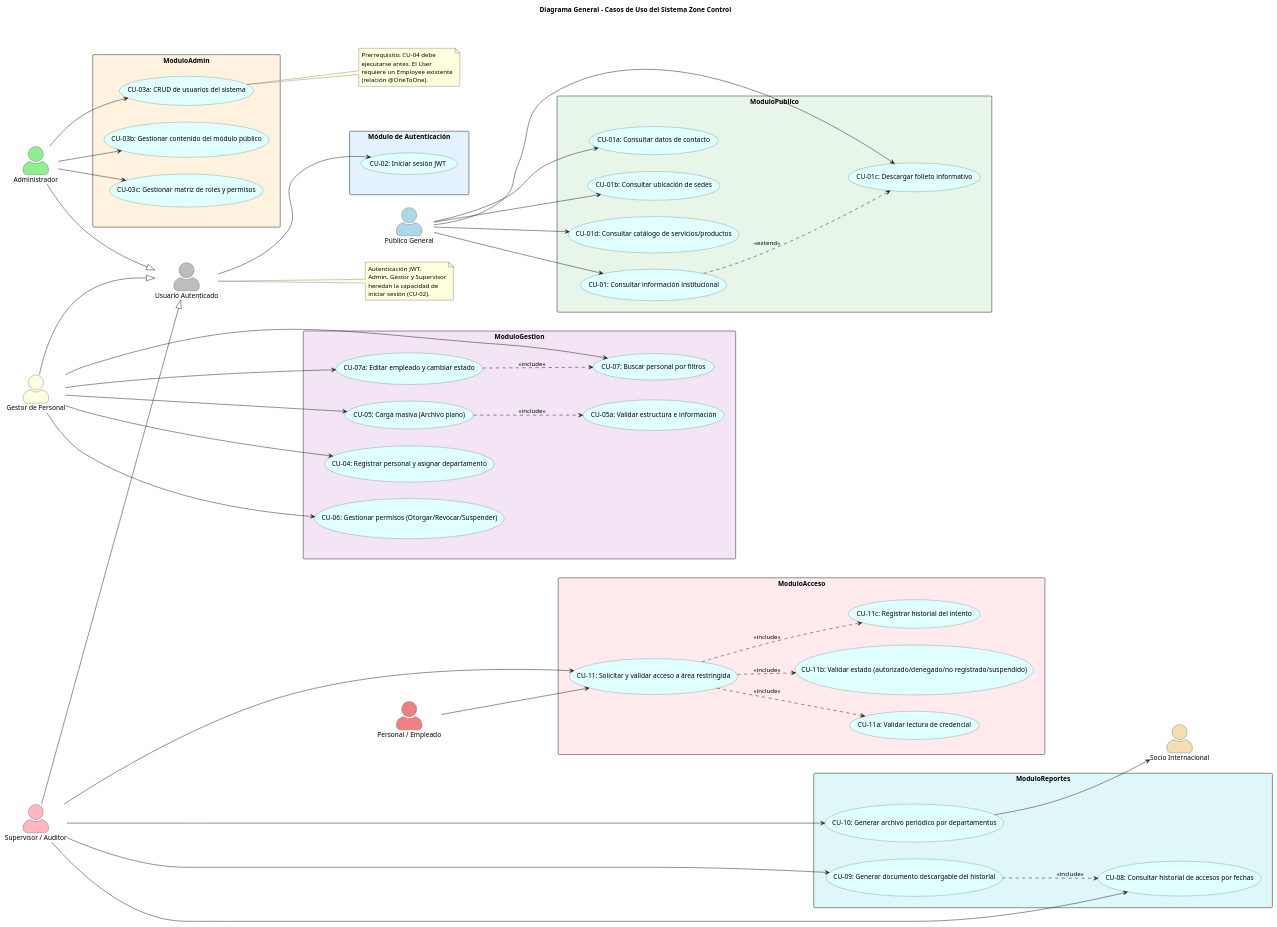
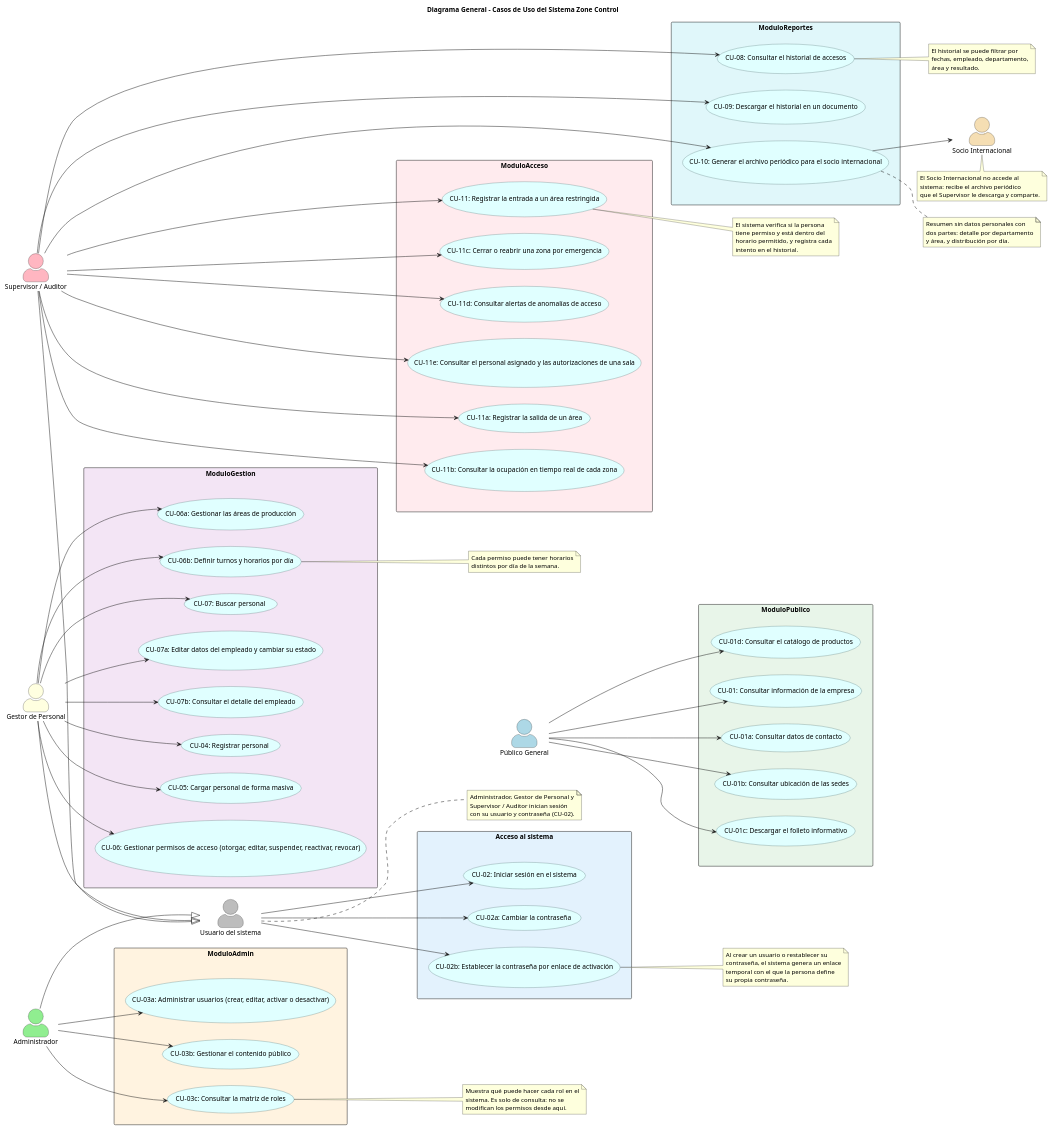
One commit to ElianMMCode/Zone-Control changed the diagram in docs/diagramas/casos_uso/00_diagrama_general.puml. Above: the diagram before and after it, drawn with PlantUML.

Commit message:
docs(casos-de-uso): actualizar diagrama general a lo implementado en lenguaje sencillo
- Refleja los casos implementados: salida de área, ocupación en tiempo real,
  cierre por emergencia, alertas de anomalías, panel por sala, permisos con
  editar/suspender/reactivar/revocar, turnos por día, matriz de roles solo
  consulta y activación de contraseña por enlace
- Ajusta actores: el Socio Internacional solo recibe el archivo descargado
  (no hay entrega automática) y el Personal/Empleado deja de ser actor del
  sistema (la validación la ejecutan Supervisor/Administrador)
- Lenguaje no técnico (sin JWT, @OneToOne, CRUD, archivo plano, etc.) apto
  para lectores sin conocimientos de programación

```diff
--- a/docs/diagramas/casos_uso/00_diagrama_general.puml
+++ b/docs/diagramas/casos_uso/00_diagrama_general.puml
@@ -1,134 +1,175 @@
 @startuml
 title Diagrama General - Casos de Uso del Sistema Zone Control
 skinparam usecase {
   BackgroundColor LightCyan
   BorderColor DarkSlateGray
 }
 skinparam actorStyle awesome
 skinparam packageStyle rectangle
 left to right direction
 
 ' =============================================
 ' ACTORES
 ' =============================================
 
-actor "Usuario Autenticado" as Auth #BDBDBD
 actor "Público General" as Publico #LightBlue
+actor "Usuario del sistema" as Autenticado #BDBDBD
 actor "Administrador" as Admin #LightGreen
 actor "Gestor de Personal" as Gestor #LightYellow
-actor "Personal / Empleado" as Empleado #LightCoral
 actor "Supervisor / Auditor" as Supervisor #LightPink
 actor "Socio Internacional" as Socio #Wheat
 
 ' =============================================
-' HERENCIA (actores autenticados heredan de Auth)
+' HERENCIA (los roles internos acceden con sesión)
 ' =============================================
 
-Admin --|> Auth
-Gestor --|> Auth
-Supervisor --|> Auth
+Admin --|> Autenticado
+Gestor --|> Autenticado
+Supervisor --|> Autenticado
 
-note right of Auth
-  Autenticación JWT.
-  Admin, Gestor y Supervisor
-  heredan la capacidad de
-  iniciar sesión (CU-02).
+note right of Autenticado
+  Administrador, Gestor de Personal y
+  Supervisor / Auditor inician sesión
+  con su usuario y contraseña (CU-02).
+end note
+
+note bottom of Socio
+  El Socio Internacional no accede al
+  sistema: recibe el archivo periódico
+  que el Supervisor le descarga y comparte.
 end note
 
 ' =============================================
-' MÓDULOS (apilados verticalmente, ordenados
-' según el actor que los usa para evitar cruces)
+' MÓDULOS
 ' =============================================
 
-package "Módulo de Autenticación" as ModuloAutenticacion #E3F2FD {
-  usecase "CU-02: Iniciar sesión JWT" as UC_LOGIN
+package "Acceso al sistema" as ModuloAutenticacion #E3F2FD {
+  usecase "CU-02: Iniciar sesión en el sistema" as UC_LOGIN
+  usecase "CU-02a: Cambiar la contraseña" as UC_CAMBIO
+  usecase "CU-02b: Establecer la contraseña por enlace de activación" as UC_SETUP
 }
 
-Auth --> UC_LOGIN
+Autenticado --> UC_LOGIN
+Autenticado --> UC_CAMBIO
+Autenticado --> UC_SETUP
+
+note right of UC_SETUP
+  Al crear un usuario o restablecer su
+  contraseña, el sistema genera un enlace
+  temporal con el que la persona define
+  su propia contraseña.
+end note
 
 ModuloAutenticacion -[hidden]down- ModuloPublico
 
 package "Módulo Público" as ModuloPublico #E8F5E9 {
-  usecase "CU-01: Consultar información institucional" as UC01
+  usecase "CU-01: Consultar información de la empresa" as UC01
   usecase "CU-01a: Consultar datos de contacto" as UC01a
-  usecase "CU-01b: Consultar ubicación de sedes" as UC01b
-  usecase "CU-01c: Descargar folleto informativo" as UC01c
-  usecase "CU-01d: Consultar catálogo de servicios/productos" as UC01d
-  UC01 ..> UC01c : <<extend>>
+  usecase "CU-01b: Consultar ubicación de las sedes" as UC01b
+  usecase "CU-01c: Descargar el folleto informativo" as UC01c
+  usecase "CU-01d: Consultar el catálogo de productos" as UC01d
 }
 
 Publico --> UC01
 Publico --> UC01a
 Publico --> UC01b
 Publico --> UC01c
 Publico --> UC01d
 
 ModuloPublico -[hidden]down- ModuloAdmin
 
 package "Módulo de Administración" as ModuloAdmin #FFF3E0 {
-  usecase "CU-03a: CRUD de usuarios del sistema" as UC03a
-  usecase "CU-03b: Gestionar contenido del módulo público" as UC03b
-  usecase "CU-03c: Gestionar matriz de roles y permisos" as UC03c
+  usecase "CU-03a: Administrar usuarios (crear, editar, activar o desactivar)" as UC03a
+  usecase "CU-03b: Gestionar el contenido público" as UC03b
+  usecase "CU-03c: Consultar la matriz de roles" as UC03c
 }
 
 Admin --> UC03a
 Admin --> UC03b
 Admin --> UC03c
 
-note right of UC03a
-  Prerrequisito: CU-04 debe
-  ejecutarse antes. El User
-  requiere un Employee existente
-  (relación @OneToOne).
+note right of UC03c
+  Muestra qué puede hacer cada rol en el
+  sistema. Es solo de consulta: no se
+  modifican los permisos desde aquí.
 end note
 
 ModuloAdmin -[hidden]down- ModuloGestion
 
 package "Módulo de Gestión de Personal" as ModuloGestion #F3E5F5 {
-  usecase "CU-04: Registrar personal y asignar departamento" as UC04
-  usecase "CU-05: Carga masiva (Archivo plano)" as UC05
-  usecase "CU-05a: Validar estructura e información" as UC05a
-  usecase "CU-06: Gestionar permisos (Otorgar/Revocar/Suspender)" as UC06
-  usecase "CU-07: Buscar personal por filtros" as UC07
-  usecase "CU-07a: Editar empleado y cambiar estado" as UC07a
-  UC05 ..> UC05a : <<include>>
-  UC07a ..> UC07 : <<include>>
+  usecase "CU-04: Registrar personal" as UC04
+  usecase "CU-05: Cargar personal de forma masiva" as UC05
+  usecase "CU-06: Gestionar permisos de acceso (otorgar, editar, suspender, reactivar, revocar)" as UC06
+  usecase "CU-06a: Gestionar las áreas de producción" as UC06a
+  usecase "CU-06b: Definir turnos y horarios por día" as UC06b
+  usecase "CU-07: Buscar personal" as UC07
+  usecase "CU-07a: Editar datos del empleado y cambiar su estado" as UC07a
+  usecase "CU-07b: Consultar el detalle del empleado" as UC07b
 }
 
 Gestor --> UC04
 Gestor --> UC05
 Gestor --> UC06
+Gestor --> UC06a
+Gestor --> UC06b
 Gestor --> UC07
 Gestor --> UC07a
+Gestor --> UC07b
+
+note right of UC06b
+  Cada permiso puede tener horarios
+  distintos por día de la semana.
+end note
 
 ModuloGestion -[hidden]down- ModuloAcceso
 
 package "Módulo de Control de Acceso Físico" as ModuloAcceso #FFEBEE {
-  usecase "CU-11: Solicitar y validar acceso a área restringida" as UC11
-  usecase "CU-11a: Validar lectura de credencial" as UC11a
-  usecase "CU-11b: Validar estado (autorizado/denegado/no registrado/suspendido)" as UC11b
-  usecase "CU-11c: Registrar historial del intento" as UC11c
-  UC11 ..> UC11a : <<include>>
-  UC11 ..> UC11b : <<include>>
-  UC11 ..> UC11c : <<include>>
+  usecase "CU-11: Registrar la entrada a un área restringida" as UC11
+  usecase "CU-11a: Registrar la salida de un área" as UC11a
+  usecase "CU-11b: Consultar la ocupación en tiempo real de cada zona" as UC11b
+  usecase "CU-11c: Cerrar o reabrir una zona por emergencia" as UC11c
+  usecase "CU-11d: Consultar alertas de anomalías de acceso" as UC11d
+  usecase "CU-11e: Consultar el personal asignado y las autorizaciones de una sala" as UC11e
 }
 
-Empleado --> UC11
 Supervisor --> UC11
+Supervisor --> UC11a
+Supervisor --> UC11b
+Supervisor --> UC11c
+Supervisor --> UC11d
+Supervisor --> UC11e
+
+note right of UC11
+  El sistema verifica si la persona
+  tiene permiso y está dentro del
+  horario permitido, y registra cada
+  intento en el historial.
+end note
 
 ModuloAcceso -[hidden]down- ModuloReportes
 
 package "Módulo de Reportes y Auditoría" as ModuloReportes #E0F7FA {
-  usecase "CU-08: Consultar historial de accesos por fechas" as UC08
-  usecase "CU-09: Generar documento descargable del historial" as UC09
-  usecase "CU-10: Generar archivo periódico por departamentos" as UC10
-  UC09 ..> UC08 : <<include>>
+  usecase "CU-08: Consultar el historial de accesos" as UC08
+  usecase "CU-09: Descargar el historial en un documento" as UC09
+  usecase "CU-10: Generar el archivo periódico para el socio internacional" as UC10
 }
 
 Supervisor --> UC08
 Supervisor --> UC09
 Supervisor --> UC10
 
+note right of UC08
+  El historial se puede filtrar por
+  fechas, empleado, departamento,
+  área y resultado.
+end note
+
+note right of UC10
+  Resumen sin datos personales con
+  dos partes: detalle por departamento
+  y área, y distribución por día.
+end note
+
 UC10 --> Socio
 
 @enduml
```
